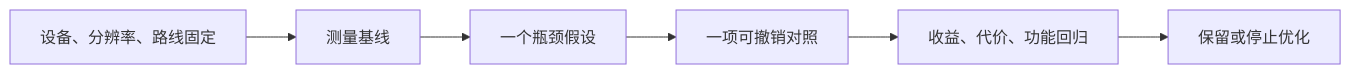
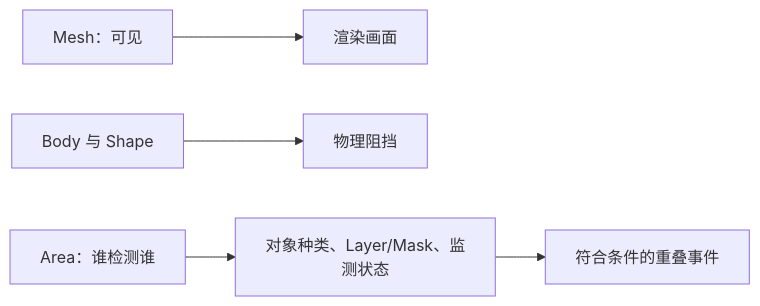
One commit to Zilur/ai-3d-game-learning changed the diagram in curriculum/dialogues/A04.md. Above: the diagram before and after it, drawn with Mermaid. The commit also changed other lines of this file and 314 other files, not shown here.

````diff
--- a/curriculum/dialogues/A04.md
+++ b/curriculum/dialogues/A04.md
@@ -25,8 +27,7 @@
 ```mermaid
 flowchart LR
- C["设备、分辨率、路线固定"] --> B["测量基线"]
- B --> H["一个瓶颈假设"]
- H --> X["一项可撤销对照"]
- X --> D["收益、代价、功能回归"]
- D --> K["保留或停止优化"]
+ V["Mesh：可见"] --> IMG["渲染画面"]
+ B["Body 与 Shape"] --> WALL["物理阻挡"]
+ A["Area：谁检测谁"] --> F["对象种类、Layer/Mask、监测状态"]
+ F --> EVENT["符合条件的重叠事件"]
 ```
````
